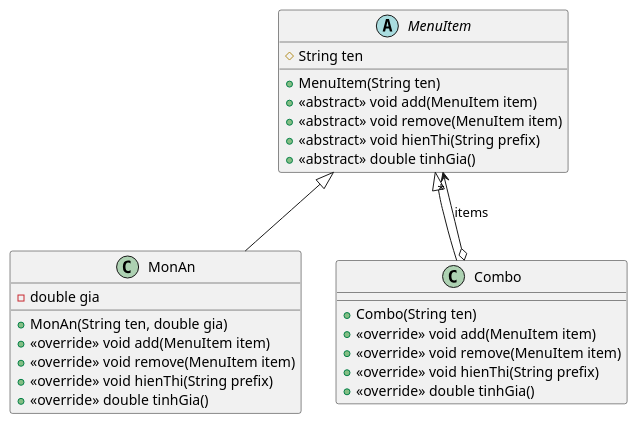
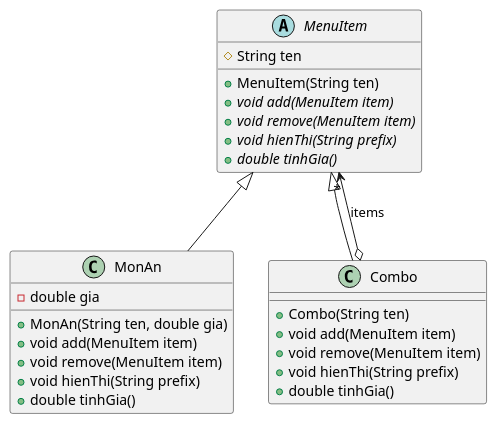
One commit to vpthinh19/design-patterns changed the diagram in src/gk/bai2/bai2.puml. Above: the diagram before and after it, drawn with PlantUML. The commit also changed 63 other files, not shown here.

```diff
--- a/src/gk/bai2/bai2.puml
+++ b/src/gk/bai2/bai2.puml
@@ -1,31 +1,31 @@
 @startuml
 abstract class MenuItem{
     # String ten
     + MenuItem(String ten)
-    + <<abstract>> void add(MenuItem item)
-    + <<abstract>> void remove(MenuItem item)
-    + <<abstract>> void hienThi(String prefix)
-    + <<abstract>> double tinhGia()
+    + {abstract} void add(MenuItem item)
+    + {abstract} void remove(MenuItem item)
+    + {abstract} void hienThi(String prefix)
+    + {abstract} double tinhGia()
 }
 
 class MonAn{
     - double gia
     + MonAn(String ten, double gia)
-    + <<override>> void add(MenuItem item)
-    + <<override>> void remove(MenuItem item)
-    + <<override>> void hienThi(String prefix)
-    + <<override>> double tinhGia()
+    + void add(MenuItem item)
+    + void remove(MenuItem item)
+    + void hienThi(String prefix)
+    + double tinhGia()
 }
 
 class Combo{
     + Combo(String ten)
-    + <<override>> void add(MenuItem item)
-    + <<override>> void remove(MenuItem item)
-    + <<override>> void hienThi(String prefix)
-    + <<override>> double tinhGia()
+    + void add(MenuItem item)
+    + void remove(MenuItem item)
+    + void hienThi(String prefix)
+    + double tinhGia()
 }
 
 MenuItem <|-- MonAn
 MenuItem <|-- Combo
 Combo o--> "*" MenuItem: items
 @enduml
```
